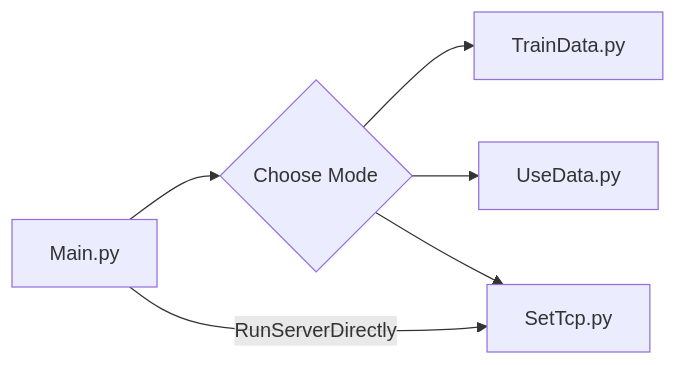
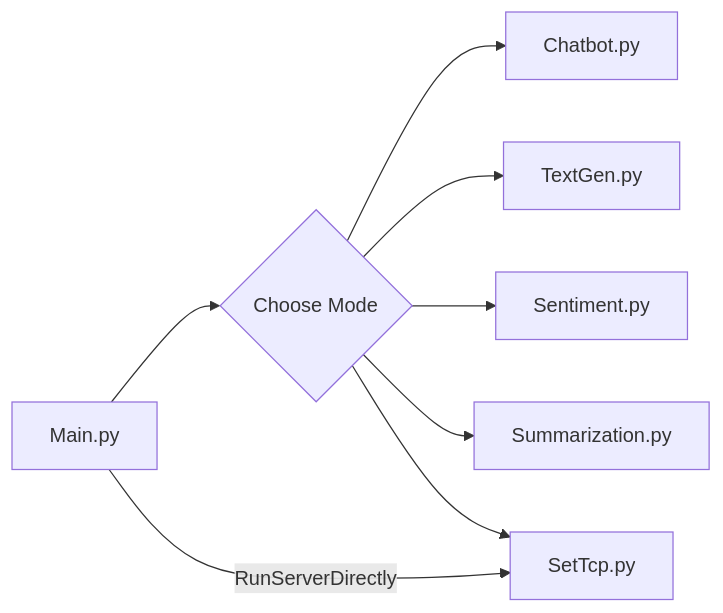
The first of 2 diagrams in README.md (BaekNothing/ARKO_Docker), drawn with Mermaid before and after one commit. The commit also changed other lines of this file, not shown here.

````diff
--- a/README.md
+++ b/README.md
@@ -55,15 +55,19 @@
 ```mermaid
 graph LR
 	Start[Main.py]
 	Option{Choose Mode}
-	Train[TrainData.py]
-	UseData[UseData.py]
+	ChatBot[Chatbot.py]
+	TextGen[TextGen.py]
+	Sentiment[Sentiment.py]
+	Summarization[Summarization.py]
 	SetTcp[SetTcp.py]
 	
 	Start --> Option
-	Option --> Train
-	Option --> UseData
+	Option --> ChatBot
+	Option --> TextGen
+	Option --> Sentiment
+	Option --> Summarization
 	Option --> SetTcp
 	Start -- RunServerDirectly --> SetTcp
 	
 ```
````
